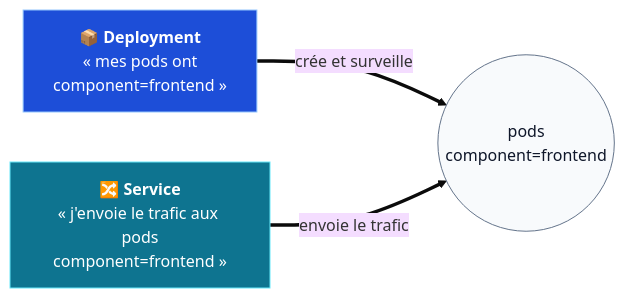
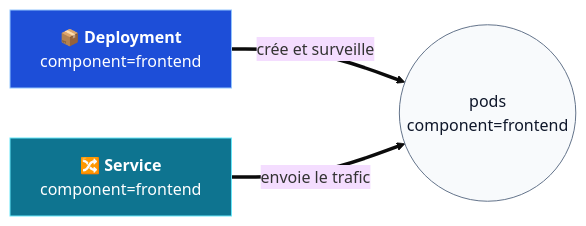
One commit to MartinFraysse/cloud-ia-project changed the second of 2 diagrams in Project-2/docs/03-manifestes-kubernetes.md. Above: the diagram before and after it, drawn with Mermaid (base theme). The commit also changed other lines of this file and 22 other files, not shown here.

````diff
--- a/Project-2/docs/03-manifestes-kubernetes.md
+++ b/Project-2/docs/03-manifestes-kubernetes.md
@@ -104,12 +99,12 @@
 ```mermaid
 flowchart LR
-    D["📦 <b>Deployment</b><br/>« mes pods ont<br/>component=frontend »"] ==>|"crée et surveille"| P(("pods<br/>component=frontend"))
-    S["🔀 <b>Service</b><br/>« j'envoie le trafic aux pods<br/>component=frontend »"] ==>|"envoie le trafic"| P
+    D["📦 <b>Deployment</b><br/>component=frontend"] ==>|"crée et surveille"| P(("pods<br/>component=frontend"))
+    S["🔀 <b>Service</b><br/>component=frontend"] ==>|"envoie le trafic"| P
 
     classDef svc fill:#0e7490,stroke:#67e8f9,color:#fff
     classDef dep fill:#1d4ed8,stroke:#93c5fd,color:#fff
     classDef pod fill:#f8fafc,stroke:#64748b,color:#0f172a
     class D dep
     class S svc
     class P pod
 ```
````
